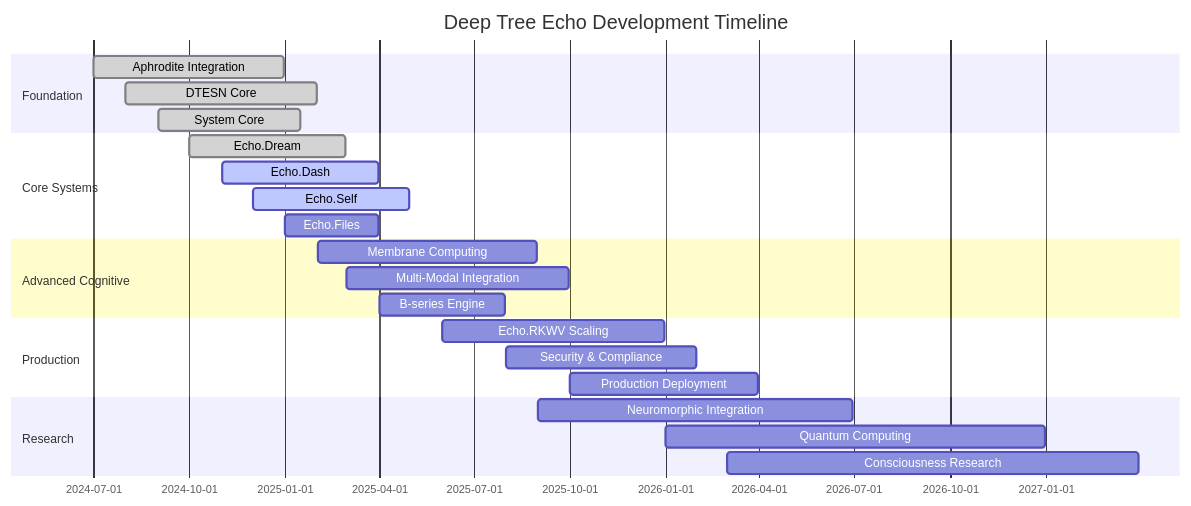
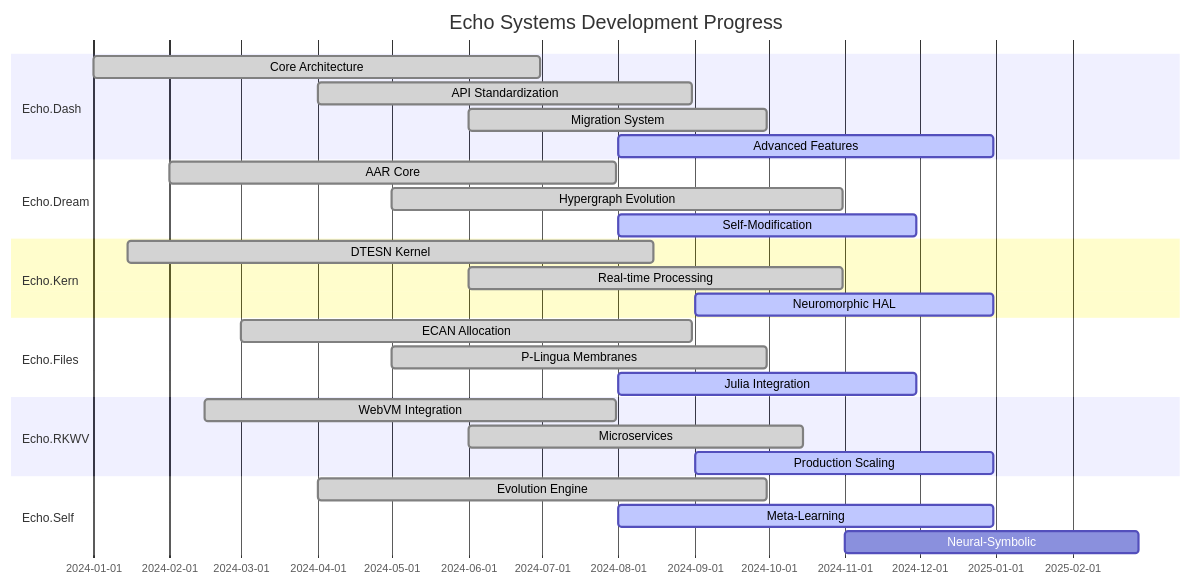
Before and after one commit to EchoCog/aphroditecho: the first of 7 diagrams in wiki/docs/roadmap.md, drawn with Mermaid. The commit also changed other lines of this file and 3 other files, not shown here.

First line of the commit message:
Assistant checkpoint: Complete wiki documentation with systems overview, deployment guide, integration details, and comprehensive roadmap

````diff
--- a/wiki/docs/roadmap.md
+++ b/wiki/docs/roadmap.md
@@ -226,30 +10,35 @@
 ```mermaid
 gantt
-    title Deep Tree Echo Development Timeline
+    title Echo Systems Development Progress
     dateFormat  YYYY-MM-DD
-    section Foundation
-    Aphrodite Integration     :done,    aphrodite,  2024-07-01, 2024-12-31
-    DTESN Core               :done,    dtesn,      2024-08-01, 2025-01-31
-    System Core              :done,    syscore,    2024-09-01, 2025-01-15
+    section Echo.Dash
+    Core Architecture     :done, dash1, 2024-01-01, 2024-06-30
+    API Standardization   :done, dash2, 2024-04-01, 2024-08-31
+    Migration System      :done, dash3, 2024-06-01, 2024-09-30
+    Advanced Features     :active, dash4, 2024-08-01, 2024-12-31
     
-    section Core Systems
-    Echo.Dream               :done,    dream,      2024-10-01, 2025-02-28
-    Echo.Dash                :active,  dash,       2024-11-01, 2025-03-31
-    Echo.Self                :active,  self,       2024-12-01, 2025-04-30
-    Echo.Files               :         files,      2025-01-01, 2025-03-31
+    section Echo.Dream
+    AAR Core             :done, dream1, 2024-02-01, 2024-07-31
+    Hypergraph Evolution :done, dream2, 2024-05-01, 2024-10-31
+    Self-Modification    :active, dream3, 2024-08-01, 2024-11-30
     
-    section Advanced Cognitive
-    Membrane Computing       :         membrane,   2025-02-01, 2025-08-31
-    Multi-Modal Integration  :         multimodal, 2025-03-01, 2025-09-30
-    B-series Engine          :         bseries,    2025-04-01, 2025-07-31
+    section Echo.Kern
+    DTESN Kernel         :done, kern1, 2024-01-15, 2024-08-15
+    Real-time Processing :done, kern2, 2024-06-01, 2024-10-31
+    Neuromorphic HAL     :active, kern3, 2024-09-01, 2024-12-31
     
-    section Production
-    Echo.RKWV Scaling       :         rkwv,       2025-06-01, 2025-12-31
-    Security & Compliance    :         security,   2025-08-01, 2026-01-31
-    Production Deployment    :         prod,       2025-10-01, 2026-03-31
+    section Echo.Files
+    ECAN Allocation      :done, files1, 2024-03-01, 2024-08-31
+    P-Lingua Membranes   :done, files2, 2024-05-01, 2024-09-30
+    Julia Integration    :active, files3, 2024-08-01, 2024-11-30
     
-    section Research
-    Neuromorphic Integration :         neuro,      2025-09-01, 2026-06-30
-    Quantum Computing        :         quantum,    2026-01-01, 2026-12-31
-    Consciousness Research   :         conscious,  2026-03-01, 2027-03-31
+    section Echo.RKWV
+    WebVM Integration    :done, rkwv1, 2024-02-15, 2024-07-31
+    Microservices        :done, rkwv2, 2024-06-01, 2024-10-15
+    Production Scaling   :active, rkwv3, 2024-09-01, 2024-12-31
+    
+    section Echo.Self
+    Evolution Engine     :done, self1, 2024-04-01, 2024-09-30
+    Meta-Learning        :active, self2, 2024-08-01, 2024-12-31
+    Neural-Symbolic      :self3, 2024-11-01, 2025-02-28
 ```
````
